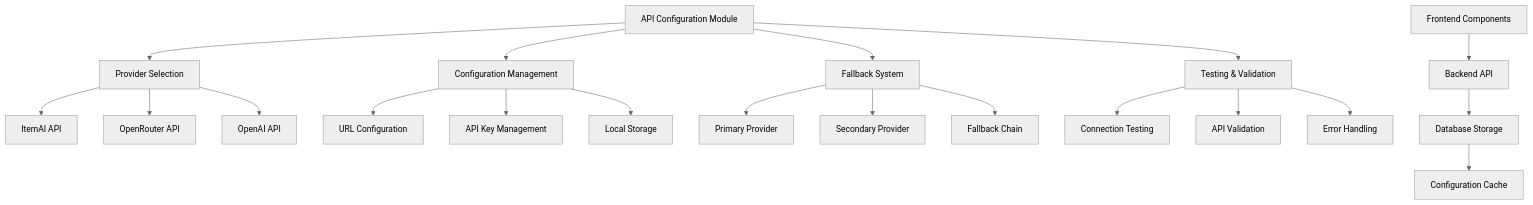
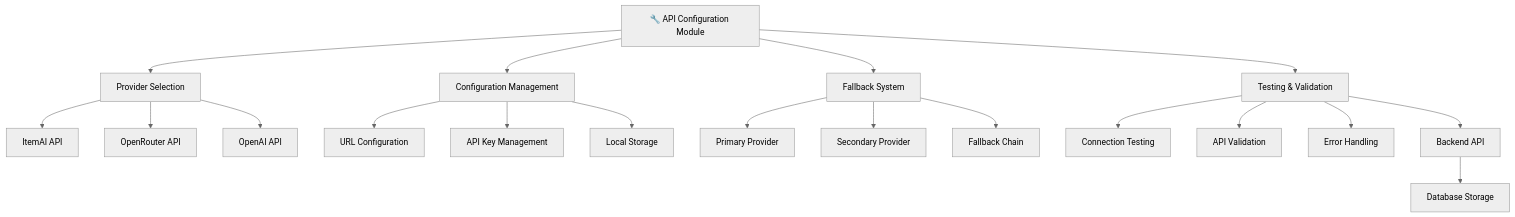
Before and after one commit to IgnacioTejeraPicossi/Workplace-Learning-With-AI: the fourth of 4 diagrams in README.md, drawn with Mermaid (neutral theme).

Commit message:
Modify Readme.md for better API Config graph

````diff
--- a/README.md
+++ b/README.md
@@ -373,27 +373,32 @@
 ```mermaid
-graph TD
-    A[API Configuration Module] --> B[Provider Selection]
-    A --> C[Configuration Management]
-    A --> D[Fallback System]
-    A --> E[Testing & Validation]
-
-    B --> B1[ItemAI API]
-    B --> B2[OpenRouter API]
-    B --> B3[OpenAI API]
-
-    C --> C1[URL Configuration]
-    C --> C2[API Key Management]
-    C --> C3[Local Storage]
-
-    D --> D1[Primary Provider]
-    D --> D2[Secondary Provider]
-    D --> D3[Fallback Chain]
-
-    E --> E1[Connection Testing]
-    E --> E2[API Validation]
-    E --> E3[Error Handling]
-
-    F[Frontend Components] --> G[Backend API]
-    G --> H[Database Storage]
-    H --> I[Configuration Cache]
+graph TB
+    %% Main Configuration Module
+    Config[🔧 API Configuration Module] --> Providers[Provider Selection]
+    Config --> Management[Configuration Management]
+    Config --> Fallback[Fallback System]
+    Config --> Testing[Testing & Validation]
+    
+    %% Provider Selection
+    Providers --> ItemAI[ItemAI API]
+    Providers --> OpenRouter[OpenRouter API]
+    Providers --> OpenAI[OpenAI API]
+    
+    %% Configuration Management
+    Management --> URLs[URL Configuration]
+    Management --> Keys[API Key Management]
+    Management --> Storage[Local Storage]
+    
+    %% Fallback System
+    Fallback --> Primary[Primary Provider]
+    Fallback --> Secondary[Secondary Provider]
+    Fallback --> Chain[Fallback Chain]
+    
+    %% Testing & Validation
+    Testing --> Connection[Connection Testing]
+    Testing --> Validation[API Validation]
+    Testing --> Errors[Error Handling]
+    
+    %% Backend Integration
+    Testing --> Backend[Backend API]
+    Backend --> Database[Database Storage]
 ```
````
